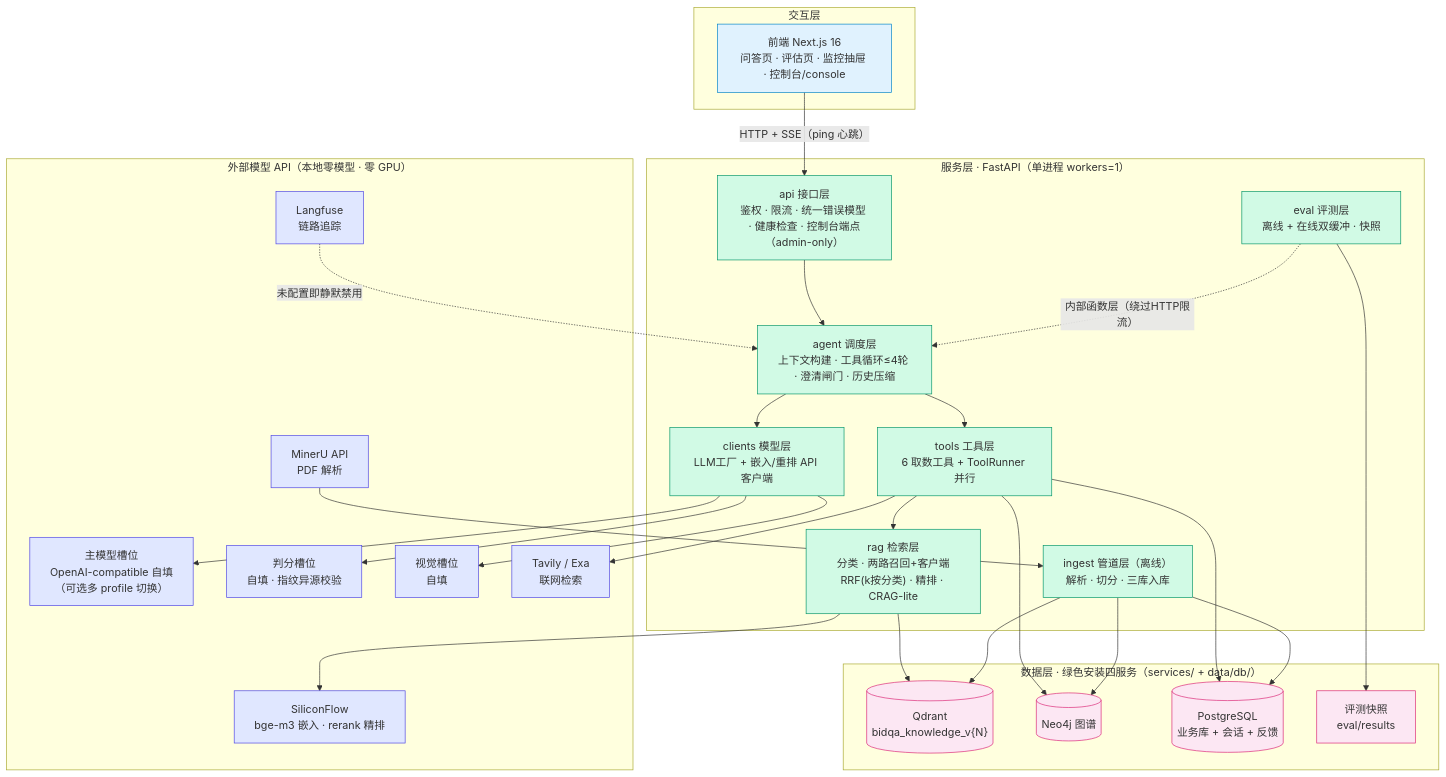
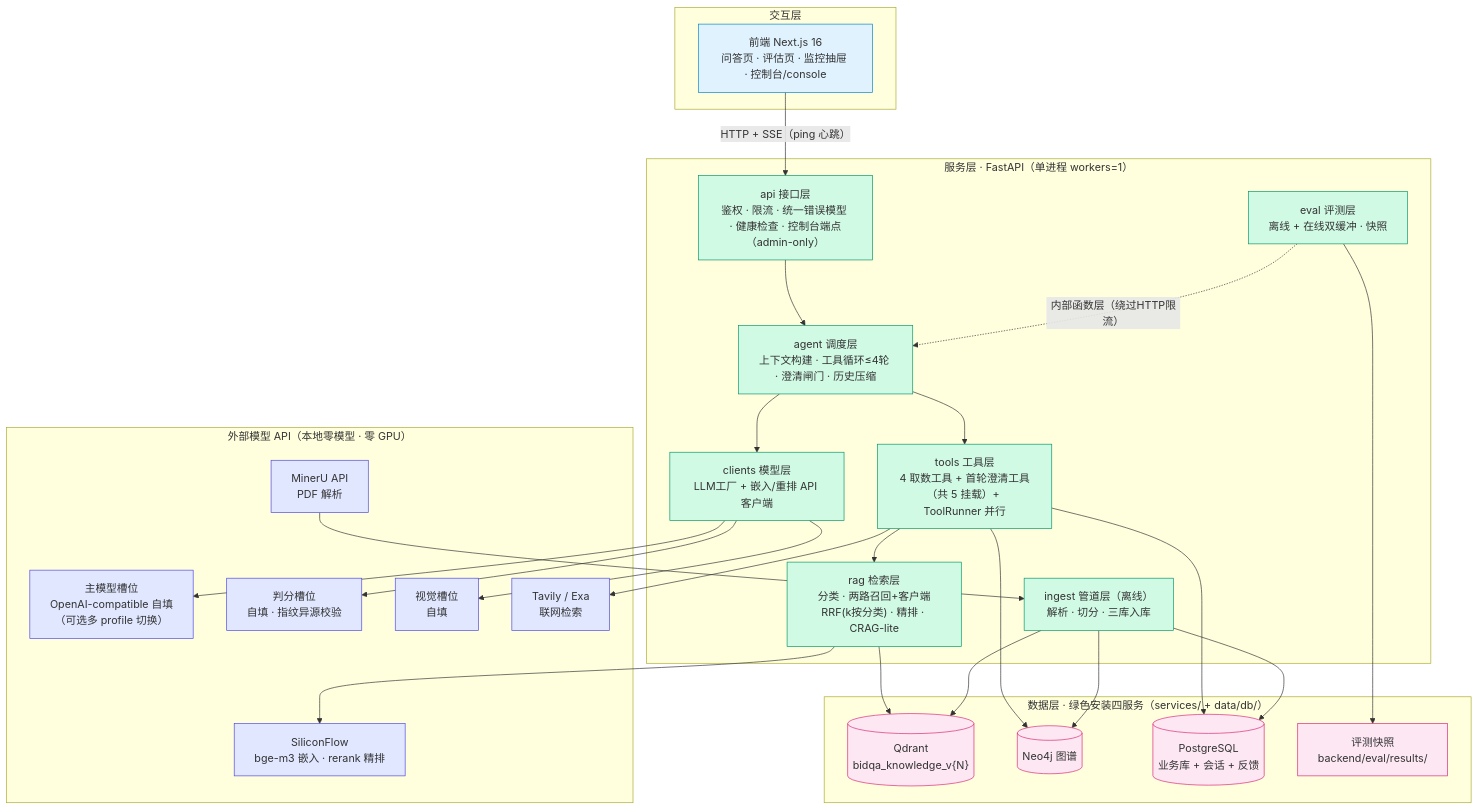
Before and after one commit to moonqianqiu/bidding-qa-system: the first of 4 diagrams in docs/04_项目结构流程图.md, drawn with Mermaid. The commit also changed other lines of this file and 8 other files, not shown here.

Commit message:
docs: P1-32/33/34 + D1-D25 语义漂移批量修——工具数口径/快照目录/视觉上线/Langfuse撤图/仓库树/附录B用户体系/done字段表/workers与停机口径/会话服务端主/5032无HTTP

````diff
--- a/docs/04_项目结构流程图.md
+++ b/docs/04_项目结构流程图.md
@@ -15,63 +15,61 @@
 ```mermaid
 flowchart TB
   subgraph FE["交互层"]
     FE1["前端 Next.js 16<br/>问答页 · 评估页 · 监控抽屉 · 控制台/console"]
   end
 
   subgraph SVC["服务层 · FastAPI（单进程 workers=1）"]
     API["api 接口层<br/>鉴权 · 限流 · 统一错误模型 · 健康检查 · 控制台端点（admin-only）"]
     AG["agent 调度层<br/>上下文构建 · 工具循环≤4轮 · 澄清闸门 · 历史压缩"]
-    TL["tools 工具层<br/>6 取数工具 + ToolRunner 并行"]
+    TL["tools 工具层<br/>4 取数工具 + 首轮澄清工具（共 5 挂载）+ ToolRunner 并行"]
     RAG["rag 检索层<br/>分类 · 两路召回+客户端RRF(k按分类) · 精排 · CRAG-lite"]
     EV["eval 评测层<br/>离线 + 在线双缓冲 · 快照"]
     CL["clients 模型层<br/>LLM工厂 + 嵌入/重排 API 客户端"]
     ING["ingest 管道层（离线）<br/>解析 · 切分 · 三库入库"]
   end
 
   subgraph DATA["数据层 · 绿色安装四服务（services/ + data/db/）"]
     QD[("Qdrant<br/>bidqa_knowledge_v{N}")]
     NEO[("Neo4j 图谱")]
     PG[("PostgreSQL<br/>业务库 + 会话 + 反馈")]
-    SN["评测快照<br/>eval/results"]
+    SN["评测快照<br/>backend/eval/results/"]
   end
 
   subgraph EXT["外部模型 API（本地零模型 · 零 GPU）"]
     DS["主模型槽位<br/>OpenAI-compatible 自填<br/>（可选多 profile 切换）"]
     GLM["判分槽位<br/>自填 · 指纹异源校验"]
     VIS["视觉槽位<br/>自填"]
     SF["SiliconFlow<br/>bge-m3 嵌入 · rerank 精排"]
     MU["MinerU API<br/>PDF 解析"]
     WEB["Tavily / Exa<br/>联网检索"]
-    LF["Langfuse<br/>链路追踪"]
   end
 
   FE1 -->|"HTTP + SSE（ping 心跳）"| API
   API --> AG
   AG --> TL
   AG --> CL
   TL --> RAG
   TL --> NEO
   TL --> PG
   TL --> WEB
   RAG --> QD
   RAG --> SF
   CL --> DS
   CL --> GLM
   CL --> VIS
   EV -.->|"内部函数层（绕过HTTP限流）"| AG
   EV --> SN
   ING --> QD
   ING --> NEO
   ING --> PG
   MU --> ING
-  LF -.->|"未配置即静默禁用"| AG
 
   classDef fe fill:#e0f2fe,stroke:#0284c7;
   classDef svc fill:#d1fae5,stroke:#059669;
   classDef data fill:#fce7f3,stroke:#db2777;
   classDef ext fill:#e0e7ff,stroke:#4f46e5;
   class FE1 fe;
   class API,AG,TL,RAG,EV,CL,ING svc;
   class QD,NEO,PG,SN data;
-  class DS,GLM,VIS,SF,MU,WEB,LF ext;
+  class DS,GLM,VIS,SF,MU,WEB ext;
 ```
````
